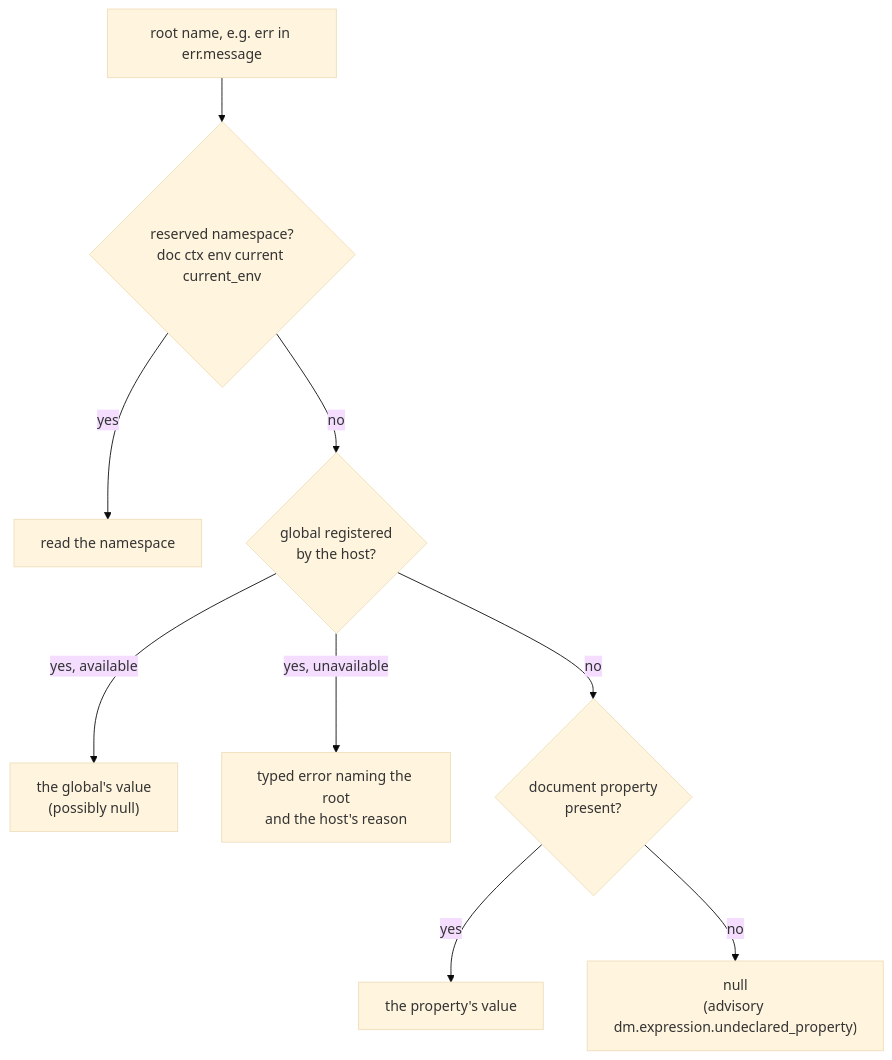
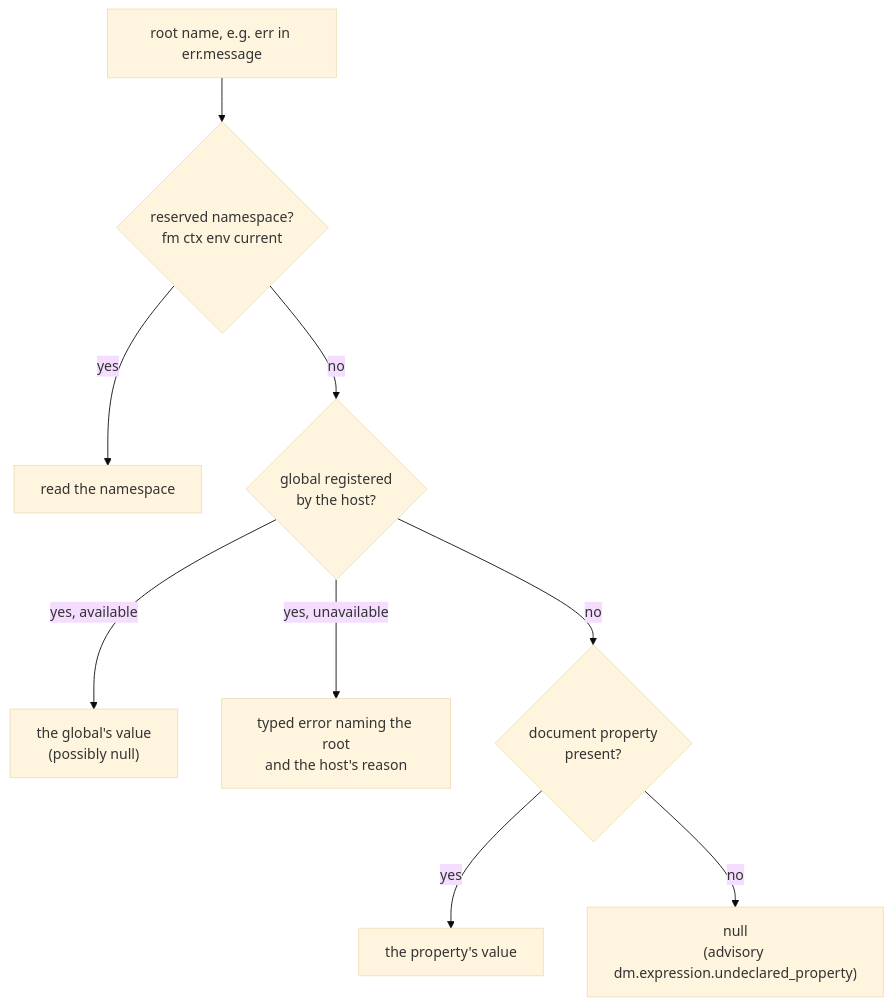
The first of 2 diagrams in darkmatter/docs/topics/darkmatter-expressions.md (yankeeinlondon/rusty-biscuit), drawn with Mermaid (base theme) before and after one commit. The commit also changed other lines of this file and 12 other files, not shown here.

````diff
--- a/darkmatter/docs/topics/darkmatter-expressions.md
+++ b/darkmatter/docs/topics/darkmatter-expressions.md
@@ -131,11 +134,11 @@
 ```mermaid
 flowchart TD
-    R["root name, e.g. err in err.message"] --> N{"reserved namespace?<br/>doc ctx env current current_env"}
+    R["root name, e.g. err in err.message"] --> N{"reserved namespace?<br/>fm ctx env current"}
     N -- yes --> NS["read the namespace"]
     N -- no --> G{"global registered<br/>by the host?"}
     G -- "yes, available" --> GV["the global's value<br/>(possibly null)"]
     G -- "yes, unavailable" --> GE["typed error naming the root<br/>and the host's reason"]
     G -- no --> D{"document property<br/>present?"}
     D -- yes --> DV["the property's value"]
     D -- no --> DN["null<br/>(advisory dm.expression.undeclared_property)"]
 ```
````
